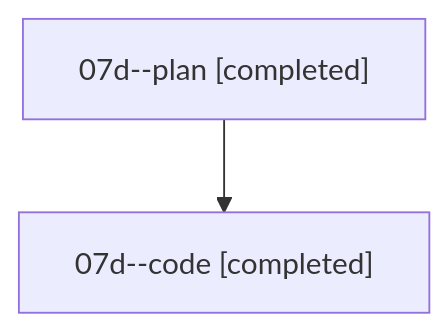
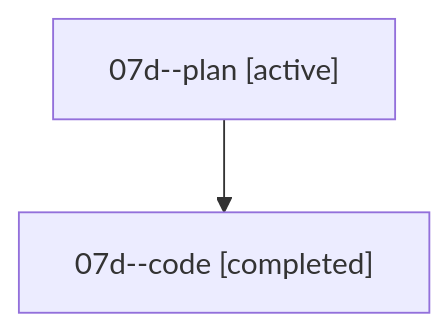
Before and after one commit to sase-org/sase--agents: the diagram in families/bbugyi200.athena.07d.md, drawn with Mermaid. The commit also changed other lines of this file and 35830 other files, not shown here.

````diff
--- a/families/bbugyi200.athena.07d.md
+++ b/families/bbugyi200.athena.07d.md
@@ -9,6 +9,6 @@
 ```mermaid
 flowchart TD
-  n0["07d--plan [completed]"]
+  n0["07d--plan [active]"]
   n1["07d--code [completed]"]
   n0 --> n1
 ```
````
